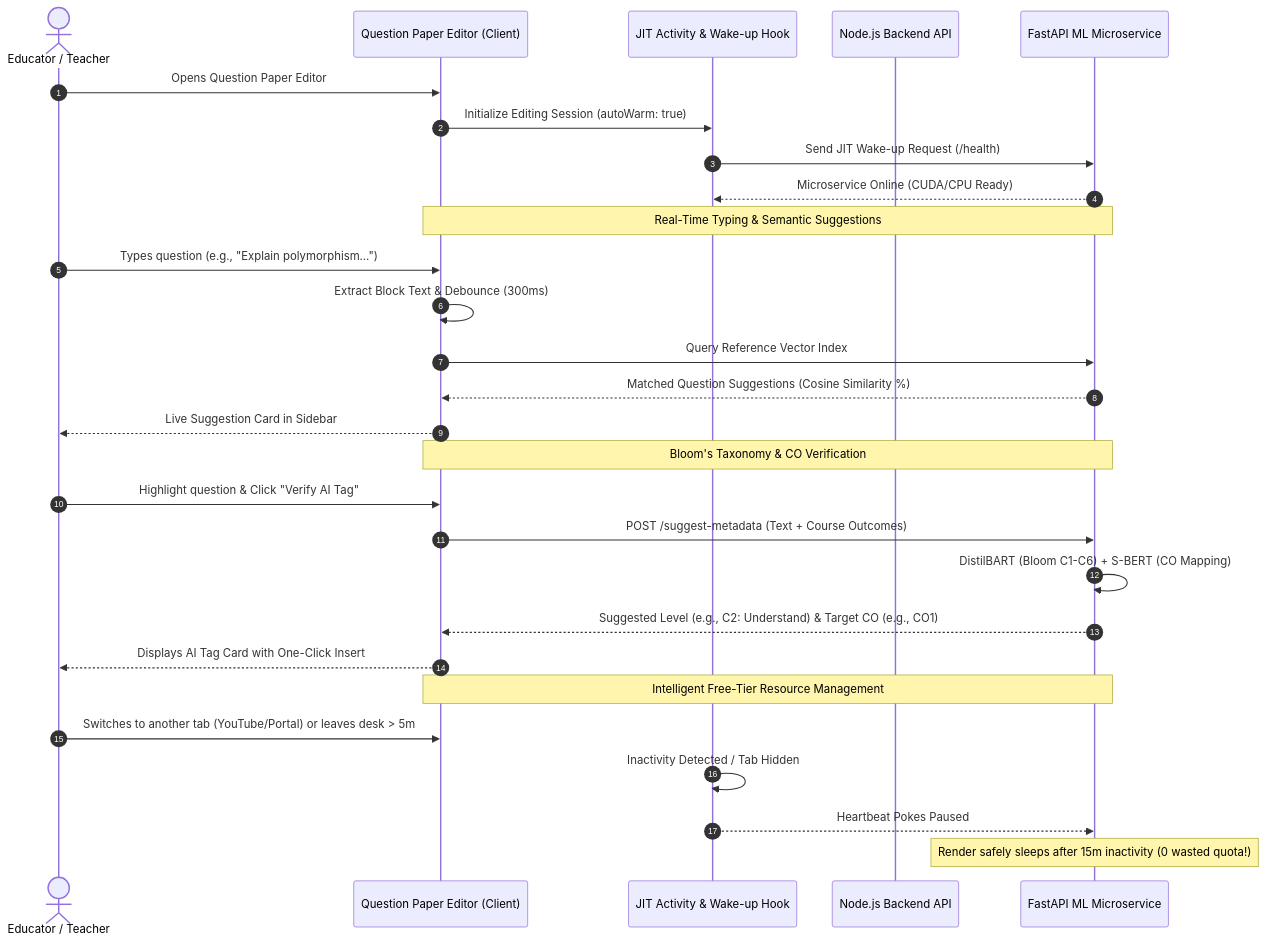
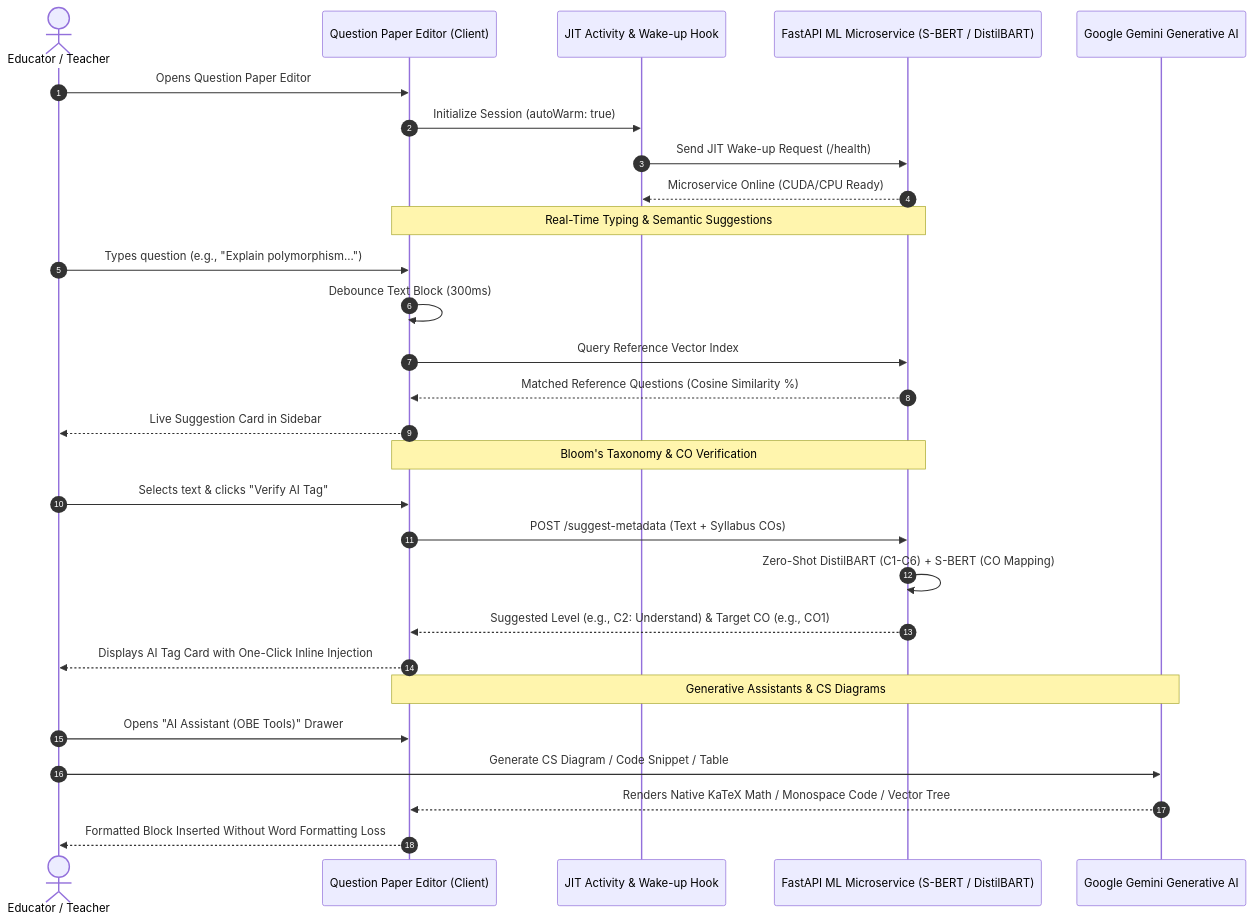
Before and after one commit to sarkarjoy86/Student-Outcome-Analyzer: the third of 6 diagrams in README.md, drawn with Mermaid. The commit also changed other lines of this file, not shown here.

Commit message:
Refine Capstone README: Expanded Executive Overview, stylish multi-phase teacher flowchart, deep AI assistant CS diagrams & code suite, and comprehensive 6-subpage report breakdown

````diff
--- a/README.md
+++ b/README.md
@@ -160,34 +209,34 @@
 ```mermaid
 sequenceDiagram
     autonumber
     actor Teacher as Educator / Teacher
     participant Editor as Question Paper Editor (Client)
     participant WakeHook as JIT Activity & Wake-up Hook
-    participant Express as Node.js Backend API
-    participant ML as FastAPI ML Microservice
+    participant LocalML as FastAPI ML Microservice (S-BERT / DistilBART)
+    participant CloudAI as Google Gemini Generative AI
 
     Teacher->>Editor: Opens Question Paper Editor
-    Editor->>WakeHook: Initialize Editing Session (autoWarm: true)
-    WakeHook->>ML: Send JIT Wake-up Request (/health)
-    ML-->>WakeHook: Microservice Online (CUDA/CPU Ready)
+    Editor->>WakeHook: Initialize Session (autoWarm: true)
+    WakeHook->>LocalML: Send JIT Wake-up Request (/health)
+    LocalML-->>WakeHook: Microservice Online (CUDA/CPU Ready)
     
-    Note over Editor,ML: Real-Time Typing & Semantic Suggestions
+    Note over Editor,LocalML: Real-Time Typing & Semantic Suggestions
     Teacher->>Editor: Types question (e.g., "Explain polymorphism...")
-    Editor->>Editor: Extract Block Text & Debounce (300ms)
-    Editor->>ML: Query Reference Vector Index
-    ML-->>Editor: Matched Question Suggestions (Cosine Similarity %)
+    Editor->>Editor: Debounce Text Block (300ms)
+    Editor->>LocalML: Query Reference Vector Index
+    LocalML-->>Editor: Matched Reference Questions (Cosine Similarity %)
     Editor-->>Teacher: Live Suggestion Card in Sidebar
 
-    Note over Editor,ML: Bloom's Taxonomy & CO Verification
-    Teacher->>Editor: Highlight question & Click "Verify AI Tag"
-    Editor->>ML: POST /suggest-metadata (Text + Course Outcomes)
-    ML->>ML: DistilBART (Bloom C1-C6) + S-BERT (CO Mapping)
-    ML-->>Editor: Suggested Level (e.g., C2: Understand) & Target CO (e.g., CO1)
-    Editor-->>Teacher: Displays AI Tag Card with One-Click Insert
+    Note over Editor,LocalML: Bloom's Taxonomy & CO Verification
+    Teacher->>Editor: Selects text & clicks "Verify AI Tag"
+    Editor->>LocalML: POST /suggest-metadata (Text + Syllabus COs)
+    LocalML->>LocalML: Zero-Shot DistilBART (C1-C6) + S-BERT (CO Mapping)
+    LocalML-->>Editor: Suggested Level (e.g., C2: Understand) & Target CO (e.g., CO1)
+    Editor-->>Teacher: Displays AI Tag Card with One-Click Inline Injection
 
-    Note over Editor,ML: Intelligent Free-Tier Resource Management
-    Teacher->>Editor: Switches to another tab (YouTube/Portal) or leaves desk > 5m
-    WakeHook->>WakeHook: Inactivity Detected / Tab Hidden
-    WakeHook-->>ML: Heartbeat Pokes Paused
-    Note over ML: Render safely sleeps after 15m inactivity (0 wasted quota!)
+    Note over Editor,CloudAI: Generative Assistants & CS Diagrams
+    Teacher->>Editor: Opens "AI Assistant (OBE Tools)" Drawer
+    Teacher->>CloudAI: Generate CS Diagram / Code Snippet / Table
+    CloudAI-->>Editor: Renders Native KaTeX Math / Monospace Code / Vector Tree
+    Editor-->>Teacher: Formatted Block Inserted Without Word Formatting Loss
 ```
````
